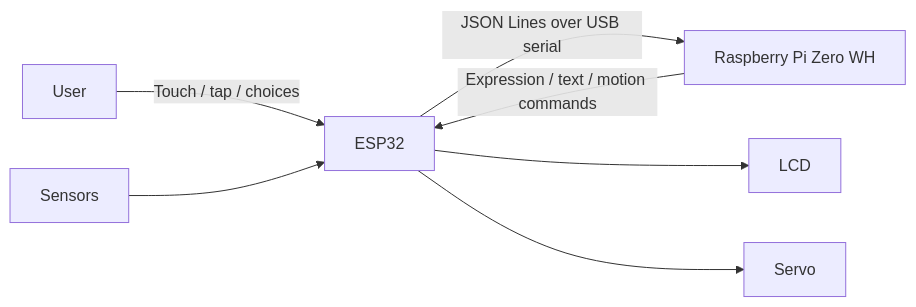
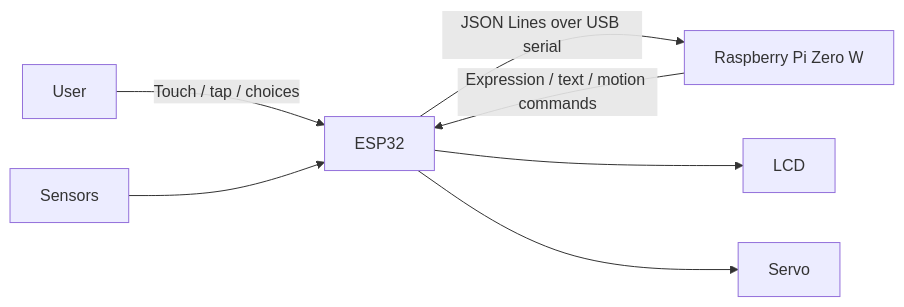
One commit to wachi-yoshitaka-11-dev/deskcat changed the diagram in README.md. Above: the diagram before and after it, drawn with Mermaid. The commit also changed other lines of this file and 15 other files, not shown here.

````diff
--- a/README.md
+++ b/README.md
@@ -24,9 +24,9 @@
 ```mermaid
 flowchart LR
     User[User] -->|Touch / tap / choices| ESP[ESP32]
     Sensors[Sensors] --> ESP
-    ESP -->|JSON Lines over USB serial| Pi[Raspberry Pi Zero WH]
+    ESP -->|JSON Lines over USB serial| Pi[Raspberry Pi Zero W]
     Pi -->|Expression / text / motion commands| ESP
     ESP --> LCD[LCD]
     ESP --> Servo[Servo]
 ```
````
